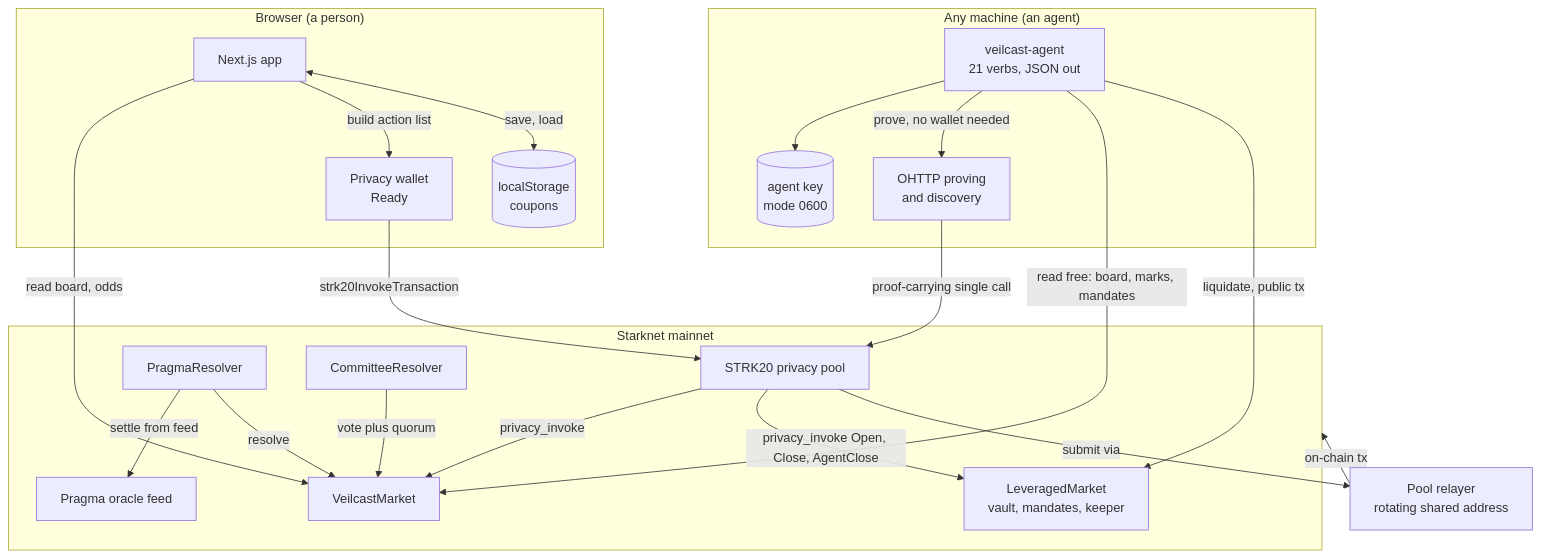
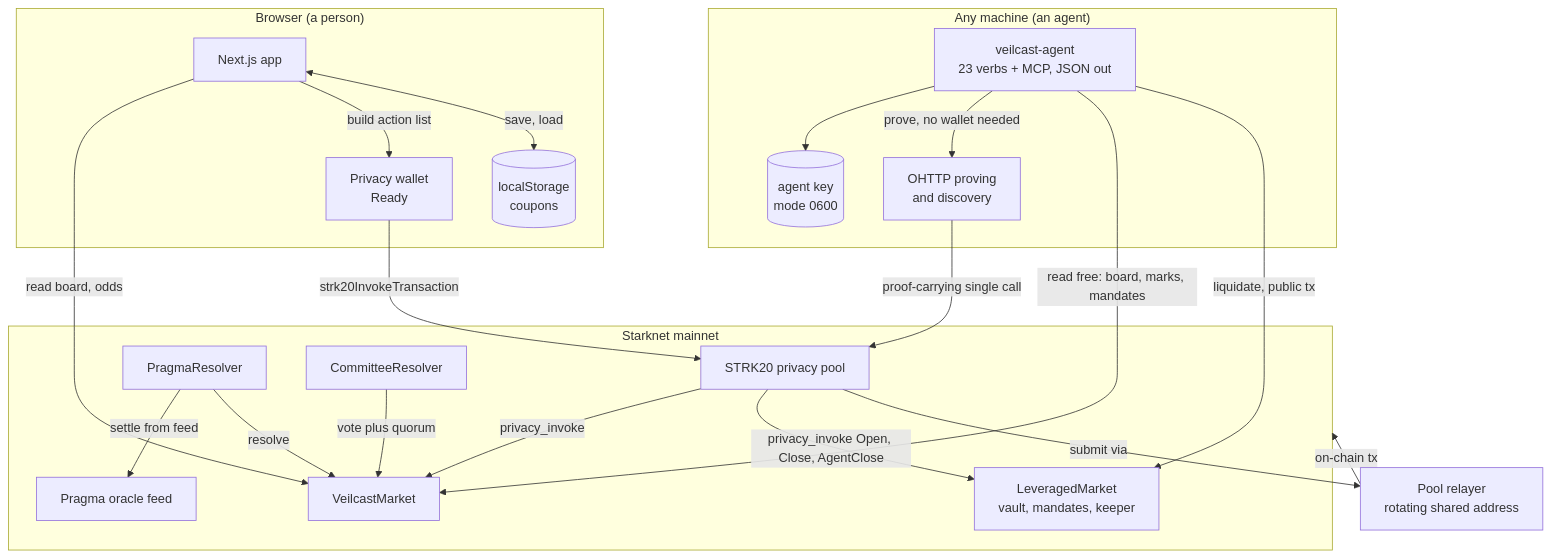
Before and after one commit to zkasuran/veilcast: the first of 5 diagrams in ARCHITECTURE.md, drawn with Mermaid. The commit also changed other lines of this file and 14 other files, not shown here.

````diff
--- a/ARCHITECTURE.md
+++ b/ARCHITECTURE.md
@@ -14,42 +14,42 @@
 ```mermaid
 graph TB
     subgraph Browser["Browser (a person)"]
         App[Next.js app]
         Coupons[(localStorage<br/>coupons)]
         Wallet[Privacy wallet<br/>Ready]
     end
 
     subgraph Agent["Any machine (an agent)"]
-        CLI[veilcast-agent<br/>21 verbs, JSON out]
+        CLI[veilcast-agent<br/>23 verbs + MCP, JSON out]
         AgentKey[(agent key<br/>mode 0600)]
         OHTTP[OHTTP proving<br/>and discovery]
     end
 
     subgraph Starknet["Starknet mainnet"]
         Pool[STRK20 privacy pool]
         Market[VeilcastMarket]
         Lev[LeveragedMarket<br/>vault, mandates, keeper]
         Pragma[PragmaResolver]
         Committee[CommitteeResolver]
         Oracle[Pragma oracle feed]
     end
 
     Relayer[Pool relayer<br/>rotating shared address]
 
     App -->|read board, odds| Market
     App -->|build action list| Wallet
     Wallet -->|strk20InvokeTransaction| Pool
     CLI --> AgentKey
     CLI -->|prove, no wallet needed| OHTTP
     OHTTP -->|proof-carrying single call| Pool
     CLI -->|read free: board, marks, mandates| Market
     CLI -->|liquidate, public tx| Lev
     Pool -->|privacy_invoke| Market
     Pool -->|privacy_invoke Open, Close, AgentClose| Lev
     Pool -->|submit via| Relayer
     Relayer -->|on-chain tx| Starknet
     Pragma -->|settle from feed| Oracle
     Pragma -->|resolve| Market
     Committee -->|vote plus quorum| Market
     App <-->|save, load| Coupons
 ```
````
